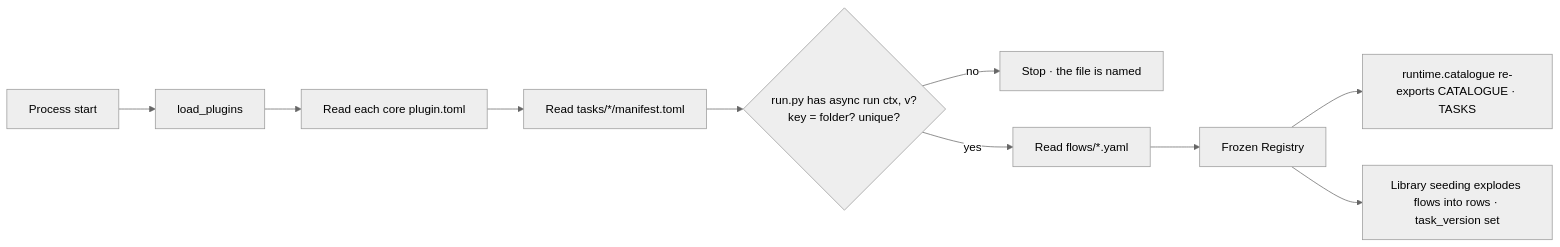
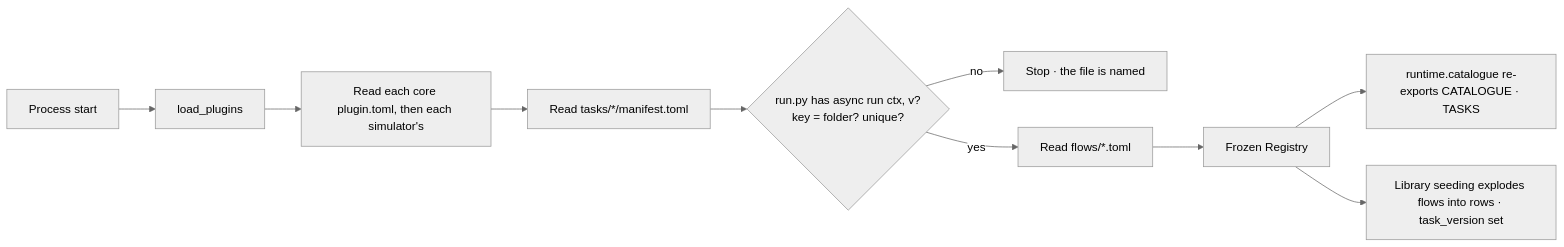
Before and after one commit to invana/invana: the diagram in docs/for-developers/modules/platform/features/plugins.md, drawn with Mermaid (neutral theme). The commit also changed other lines of this file and 49 other files, not shown here.

````diff
--- a/docs/for-developers/modules/platform/features/plugins.md
+++ b/docs/for-developers/modules/platform/features/plugins.md
@@ -34,12 +35,12 @@
 ```mermaid
 flowchart LR
     A[Process start] --> B[load_plugins]
-    B --> C[Read each core plugin.toml]
+    B --> C[Read each core plugin.toml, then each simulator's]
     C --> D[Read tasks/*/manifest.toml]
     D --> E{run.py has async run ctx, v?<br/>key = folder? unique?}
     E -->|no| F[Stop · the file is named]
-    E -->|yes| G[Read flows/*.yaml]
+    E -->|yes| G[Read flows/*.toml]
     G --> H[Frozen Registry]
     H --> I[runtime.catalogue re-exports CATALOGUE · TASKS]
     H --> J[Library seeding explodes flows into rows · task_version set]
 ```
````
